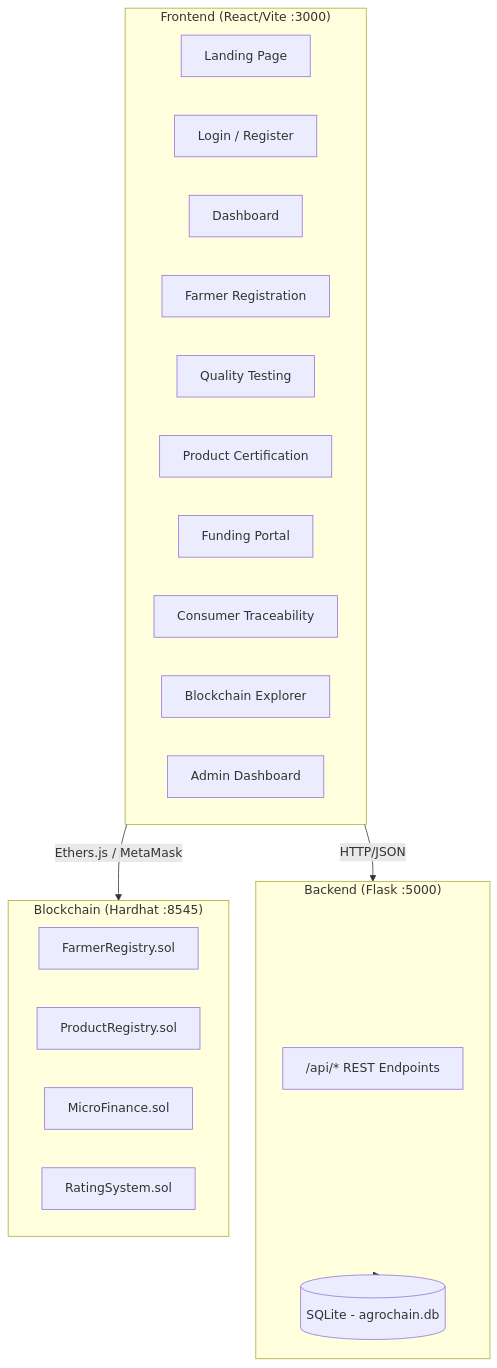
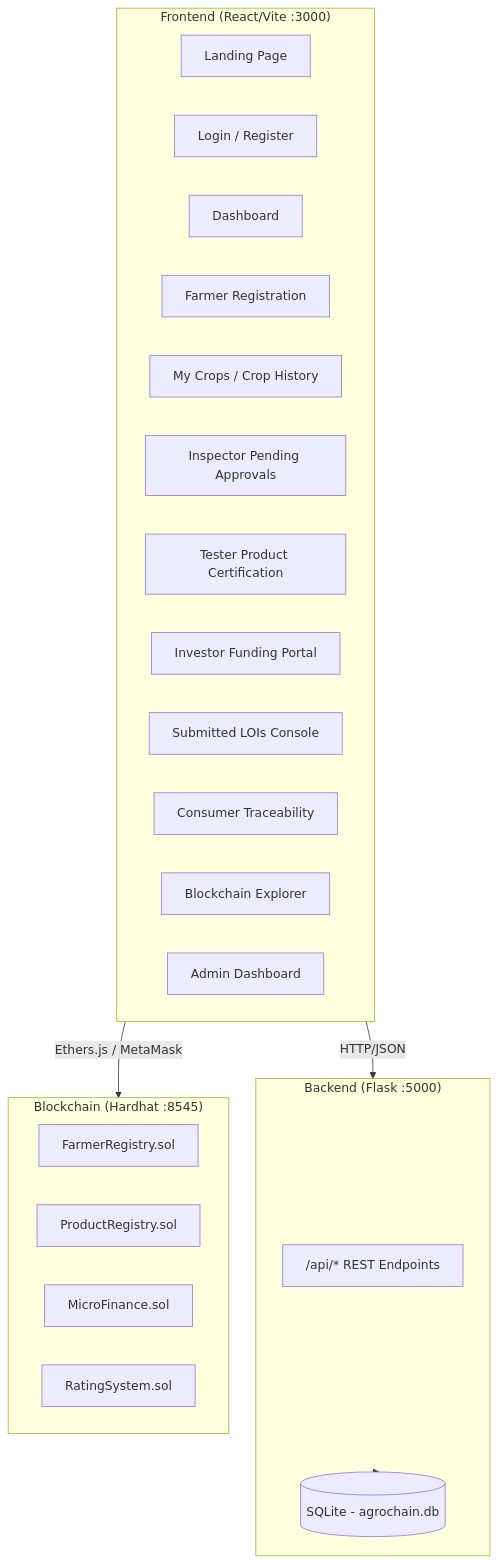
The diagram in walkthrough.md (Vedansh-Harish-Ail/AgroChain), drawn with Mermaid before and after one commit. The commit also changed other lines of this file and 10 other files, not shown here.

````diff
--- a/walkthrough.md
+++ b/walkthrough.md
@@ -17,31 +17,33 @@
 ```mermaid
 graph TB
     subgraph Frontend["Frontend (React/Vite :3000)"]
         LP[Landing Page]
         Auth[Login / Register]
         Dash[Dashboard]
         FR[Farmer Registration]
-        QT[Quality Testing]
-        PR[Product Certification]
-        FP[Funding Portal]
+        CH[My Crops / Crop History]
+        QT[Inspector Pending Approvals]
+        PR[Tester Product Certification]
+        FP[Investor Funding Portal]
+        SL[Submitted LOIs Console]
         CT[Consumer Traceability]
         BE[Blockchain Explorer]
         AD[Admin Dashboard]
     end
 
     subgraph Backend["Backend (Flask :5000)"]
         API["/api/* REST Endpoints"]
         DB[(SQLite - agrochain.db)]
     end
 
     subgraph Blockchain["Blockchain (Hardhat :8545)"]
         FR_SC["FarmerRegistry.sol"]
         PR_SC["ProductRegistry.sol"]
         MF_SC["MicroFinance.sol"]
         RS_SC["RatingSystem.sol"]
     end
 
     Frontend -->|HTTP/JSON| Backend
     Frontend -->|Ethers.js / MetaMask| Blockchain
     Backend --> DB
 ```
````
